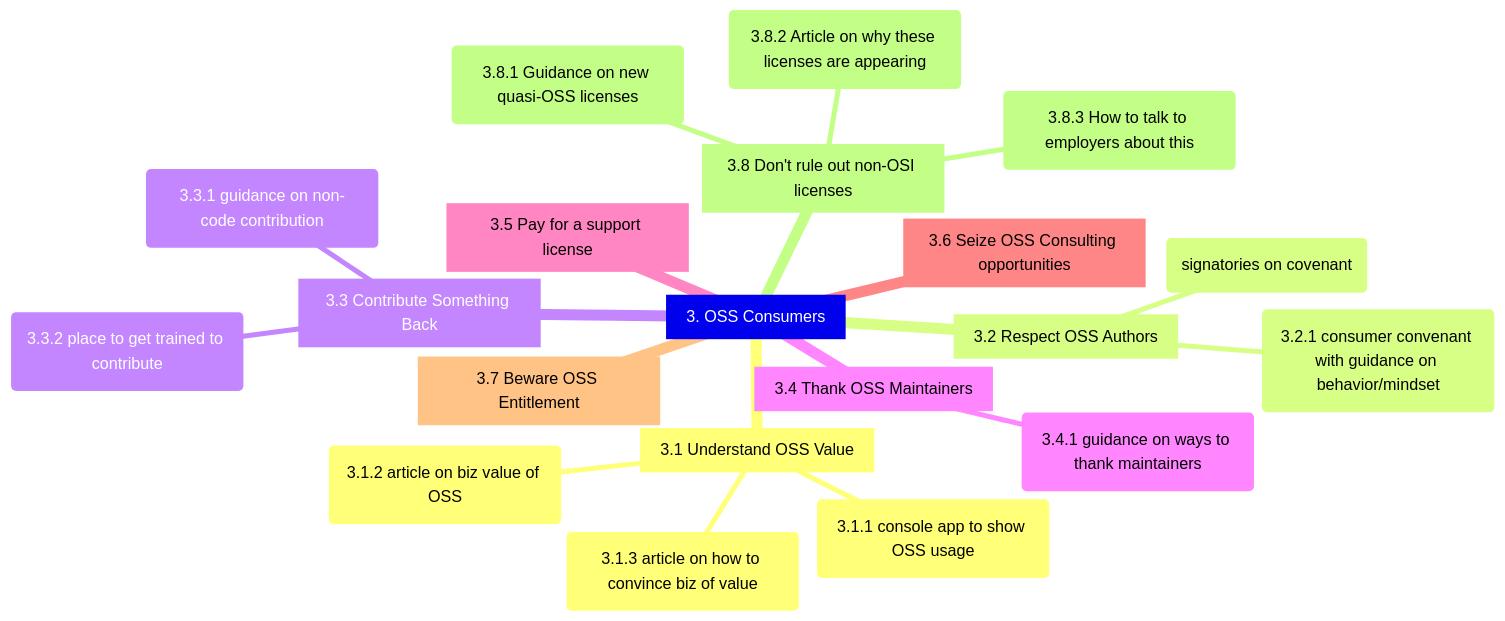
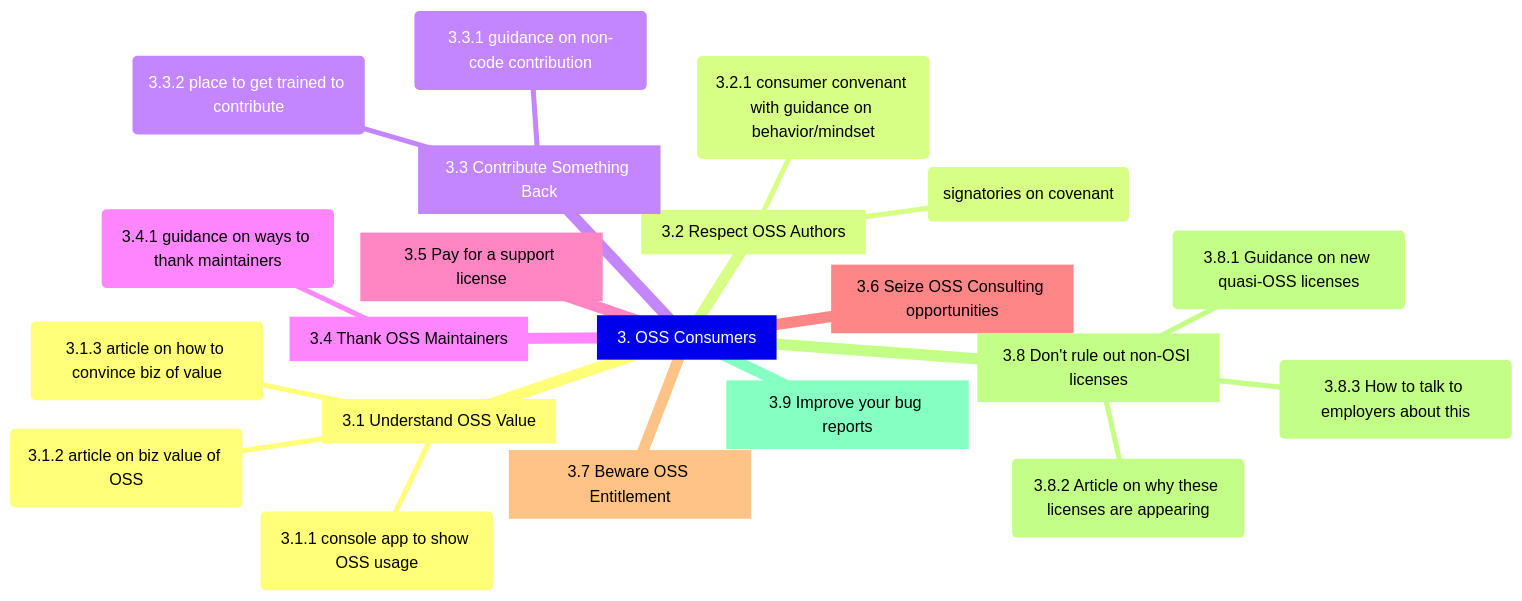
One commit to AWiderDotNET/home changed the third of 8 diagrams in README.md. Above: the diagram before and after it, drawn with Mermaid. The commit also changed other lines of this file, not shown here.

````diff
--- a/README.md
+++ b/README.md
@@ -84,23 +88,24 @@
 ```mermaid
 mindmap
   3[3. OSS Consumers]
     3.1[3.1 Understand OSS Value]
       3.1.1(3.1.1 console app to show OSS usage)
       3.1.2(3.1.2 article on biz value of OSS)
       3.1.3(3.1.3 article on how to convince biz of value)
     3.2[3.2 Respect OSS Authors]
       3.2.1(3.2.1 consumer convenant with guidance on behavior/mindset)
       3.2.2(signatories on covenant)
     3.3[3.3 Contribute Something Back]
       3.3.1(3.3.1 guidance on non-code contribution)
       3.3.2(3.3.2 place to get trained to contribute)
     3.4[3.4 Thank OSS Maintainers]
       3.4.1(3.4.1 guidance on ways to thank maintainers)
     3.5[3.5 Pay for a support license]
     3.6[3.6 Seize OSS Consulting opportunities]
     3.7[3.7 Beware OSS Entitlement]
     3.8[3.8 Don't rule out non-OSI licenses]
       3.8.1(3.8.1 Guidance on new quasi-OSS licenses)
       3.8.2(3.8.2 Article on why these licenses are appearing)
       3.8.3(3.8.3 How to talk to employers about this)
+    3.9[3.9 Improve your bug reports]
 ```
````
